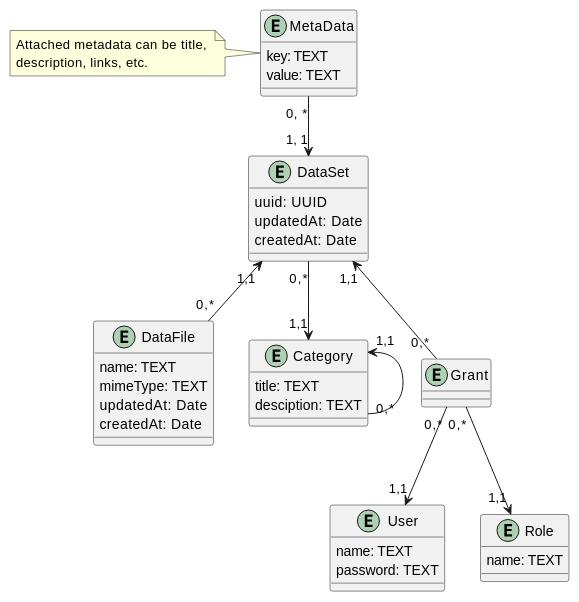
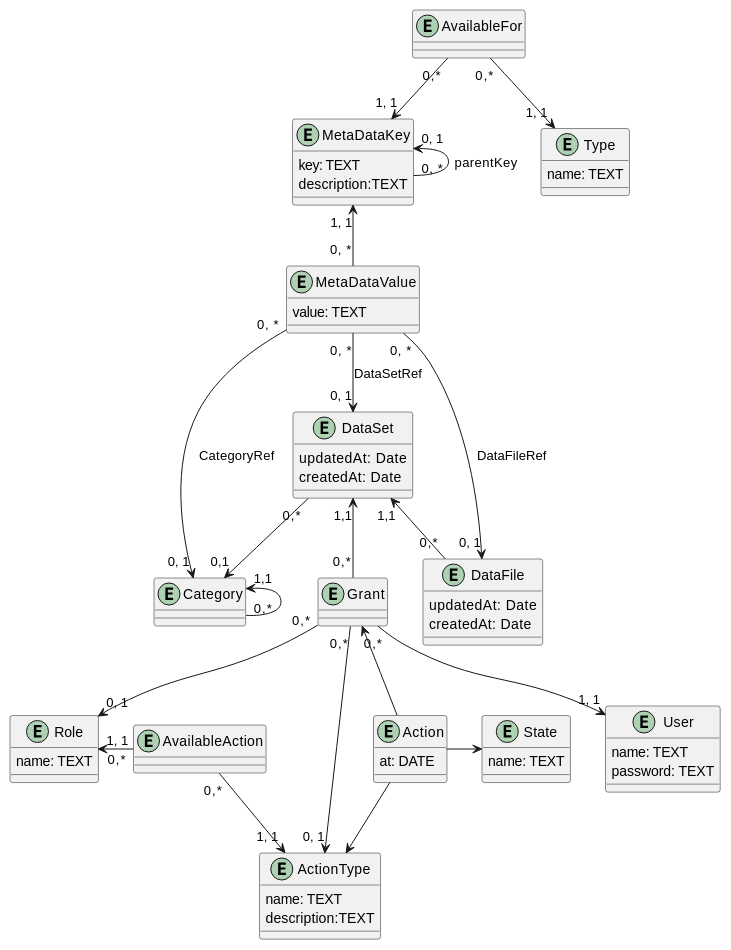
Before and after one commit to boldak/edu-db-cw: the diagram in docs/design/README.md, drawn with PlantUML.

Commit message:
Modified ER-model diagram

```diff
--- a/docs/design/README.md
+++ b/docs/design/README.md
@@ -7,29 +7,43 @@
 @startuml
-note "Attached metadata can be title, \ndescription, links, etc." as N1
 
 entity DataSet {
-    uuid: UUID
     updatedAt: Date
     createdAt: Date
   
   }
   
   entity DataFile {
-    name: TEXT
-    mimeType: TEXT
     updatedAt: Date
     createdAt: Date
   }
+  
+  entity Type {
+    name: TEXT
+  }
+  
+  entity AvailableFor {
 
-  entity MetaData {
+  }
+  
+  entity AvailableAction {
+
+  }
+  
+
+  entity MetaDataKey {
     key: TEXT
+    description:TEXT
+  }
+
+  entity MetaDataValue {
     value: TEXT
   }
 
   entity Category {
-    title: TEXT
-    desciption: TEXT
+    
   }
+  
+  
   
   entity User {
     name: TEXT
@@ -44,13 +58,42 @@
     name: TEXT
   }
 
-  MetaData .l. N1
+  entity State {
+    name: TEXT
+  }
+  
+  entity Action {
+    at: DATE
+  }
+  
+  entity ActionType {
+    name: TEXT
+    description:TEXT
+  }
+
   DataSet "1,1" <-- "0,*" DataFile
-  DataSet "1, 1" <-u- "0, *" MetaData
-  DataSet "0,*" --> "1,1" Category
+  DataSet "0, 1" <-u- "0, *" MetaDataValue: DataSetRef
+  DataFile "0, 1" <-u- "0, *" MetaDataValue: DataFileRef
+  Category "0, 1" <-u- "0, *" MetaDataValue: CategoryRef
+ 
+  MetaDataValue "0, *" -u-> "1, 1" MetaDataKey
+  
+  MetaDataKey "0, *" -u-> "0, 1" MetaDataKey: parentKey
+  
+  DataSet "0,*" --> "0,1" Category
   Category "1,1" <-- "0,*" Category
   
   DataSet "1,1" <-- "0,*" Grant
-  Grant "0,*" --> "1,1" User 
-  Grant "0,*" --> "1,1" Role
+  Grant "0,*" --> "1, 1" User 
+  Grant "0,*" --> "0, 1" Role
+  Grant "0,*" --> "0, 1" ActionType
+  
+  AvailableFor "0,*"--> "1, 1" Type
+  AvailableFor "0,*"--> "1, 1" MetaDataKey
+  Role "1, 1" <- "0,*" AvailableAction
+  AvailableAction "0,*" --> "1, 1"ActionType
+  Action -u-> Grant
+  Action -> State
+  Action --> ActionType
+  
 @enduml
```
